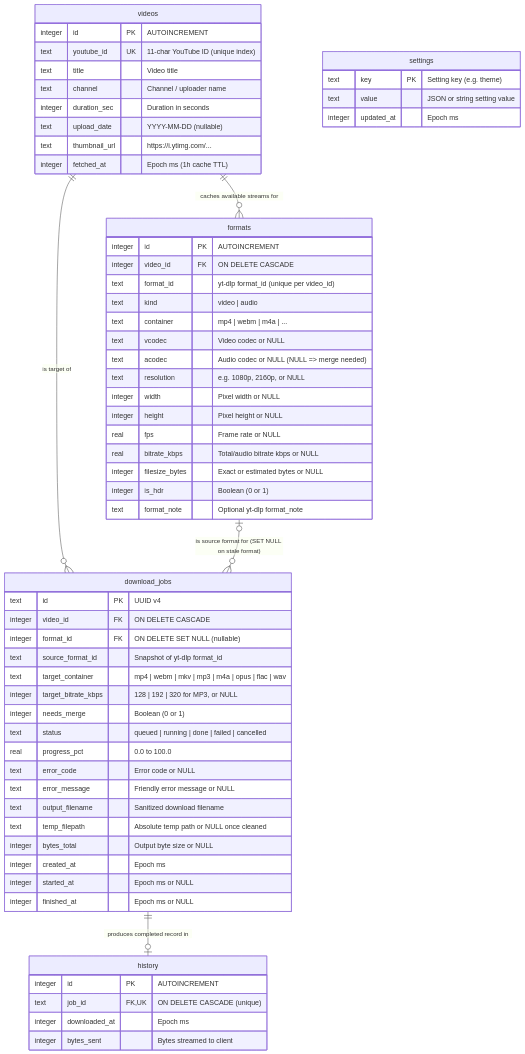
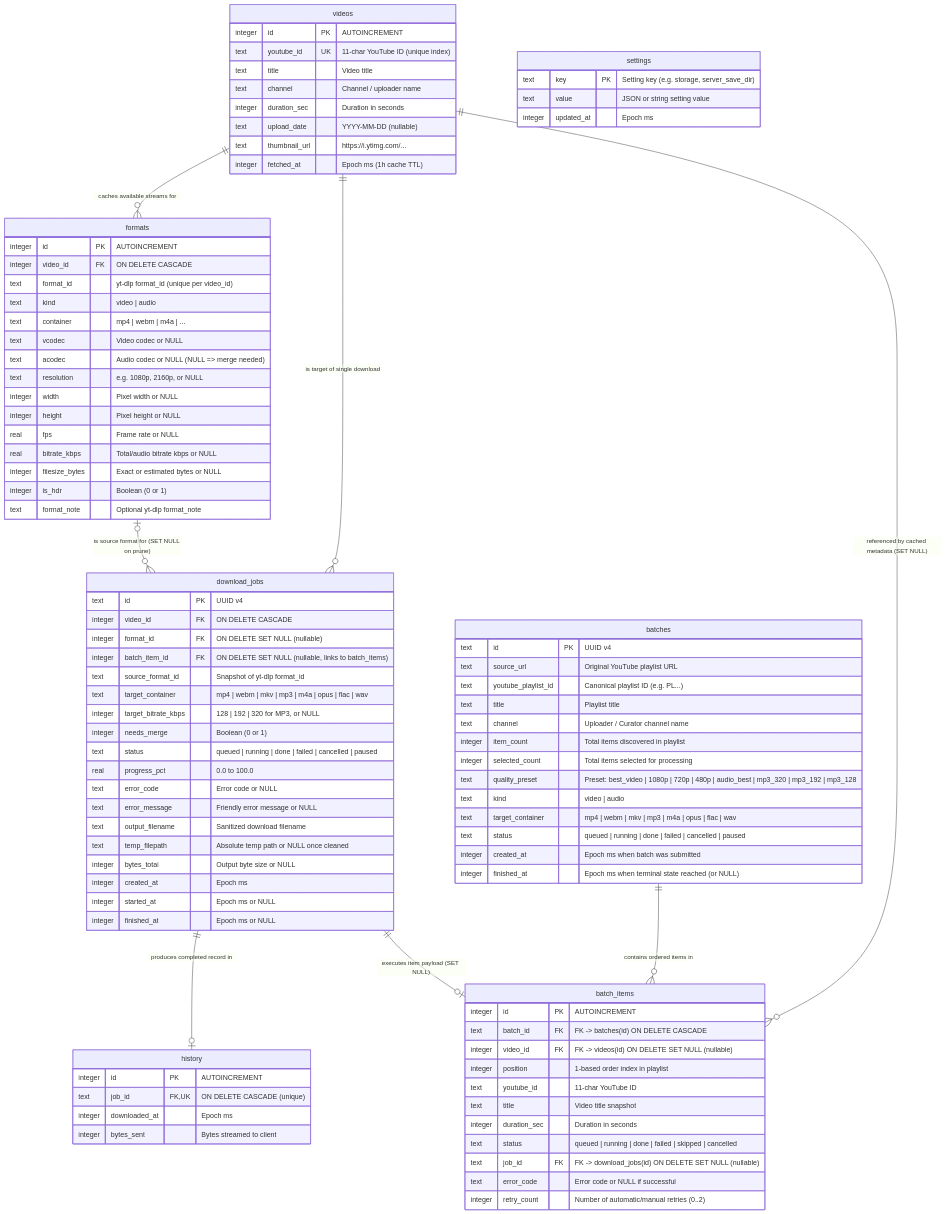
The diagram in docs/ER.md (ensachin5/RetroTube), drawn with Mermaid before and after one commit. The commit also changed other lines of this file and 61 other files, not shown here.

````diff
--- a/docs/ER.md
+++ b/docs/ER.md
@@ -10,9 +10,43 @@
 ```mermaid
 erDiagram
     videos ||--o{ formats : "caches available streams for"
-    videos ||--o{ download_jobs : "is target of"
-    formats |o--o{ download_jobs : "is source format for (SET NULL on stale format)"
+    videos ||--o{ download_jobs : "is target of single download"
+    formats |o--o{ download_jobs : "is source format for (SET NULL on prune)"
     download_jobs ||--o| history : "produces completed record in"
+
+    batches ||--o{ batch_items : "contains ordered items in"
+    videos ||--o{ batch_items : "referenced by cached metadata (SET NULL)"
+    download_jobs ||--o| batch_items : "executes item payload (SET NULL)"
+
+    batches {
+        text id PK "UUID v4"
+        text source_url "Original YouTube playlist URL"
+        text youtube_playlist_id "Canonical playlist ID (e.g. PL...)"
+        text title "Playlist title"
+        text channel "Uploader / Curator channel name"
+        integer item_count "Total items discovered in playlist"
+        integer selected_count "Total items selected for processing"
+        text quality_preset "Preset: best_video | 1080p | 720p | 480p | audio_best | mp3_320 | mp3_192 | mp3_128"
+        text kind "video | audio"
+        text target_container "mp4 | webm | mkv | mp3 | m4a | opus | flac | wav"
+        text status "queued | running | done | failed | cancelled | paused"
+        integer created_at "Epoch ms when batch was submitted"
+        integer finished_at "Epoch ms when terminal state reached (or NULL)"
+    }
+
+    batch_items {
+        integer id PK "AUTOINCREMENT"
+        text batch_id FK "FK -> batches(id) ON DELETE CASCADE"
+        integer video_id FK "FK -> videos(id) ON DELETE SET NULL (nullable)"
+        integer position "1-based order index in playlist"
+        text youtube_id "11-char YouTube ID"
+        text title "Video title snapshot"
+        integer duration_sec "Duration in seconds"
+        text status "queued | running | done | failed | skipped | cancelled"
+        text job_id FK "FK -> download_jobs(id) ON DELETE SET NULL (nullable)"
+        text error_code "Error code or NULL if successful"
+        integer retry_count "Number of automatic/manual retries (0..2)"
+    }
 
     videos {
         integer id PK "AUTOINCREMENT"
@@ -47,11 +81,12 @@
         text id PK "UUID v4"
         integer video_id FK "ON DELETE CASCADE"
         integer format_id FK "ON DELETE SET NULL (nullable)"
+        integer batch_item_id FK "ON DELETE SET NULL (nullable, links to batch_items)"
         text source_format_id "Snapshot of yt-dlp format_id"
         text target_container "mp4 | webm | mkv | mp3 | m4a | opus | flac | wav"
         integer target_bitrate_kbps "128 | 192 | 320 for MP3, or NULL"
         integer needs_merge "Boolean (0 or 1)"
-        text status "queued | running | done | failed | cancelled"
+        text status "queued | running | done | failed | cancelled | paused"
         real progress_pct "0.0 to 100.0"
         text error_code "Error code or NULL"
         text error_message "Friendly error message or NULL"
@@ -71,7 +106,7 @@
     }
 
     settings {
-        text key PK "Setting key (e.g. theme)"
+        text key PK "Setting key (e.g. storage, server_save_dir)"
         text value "JSON or string setting value"
         integer updated_at "Epoch ms"
     }
````
